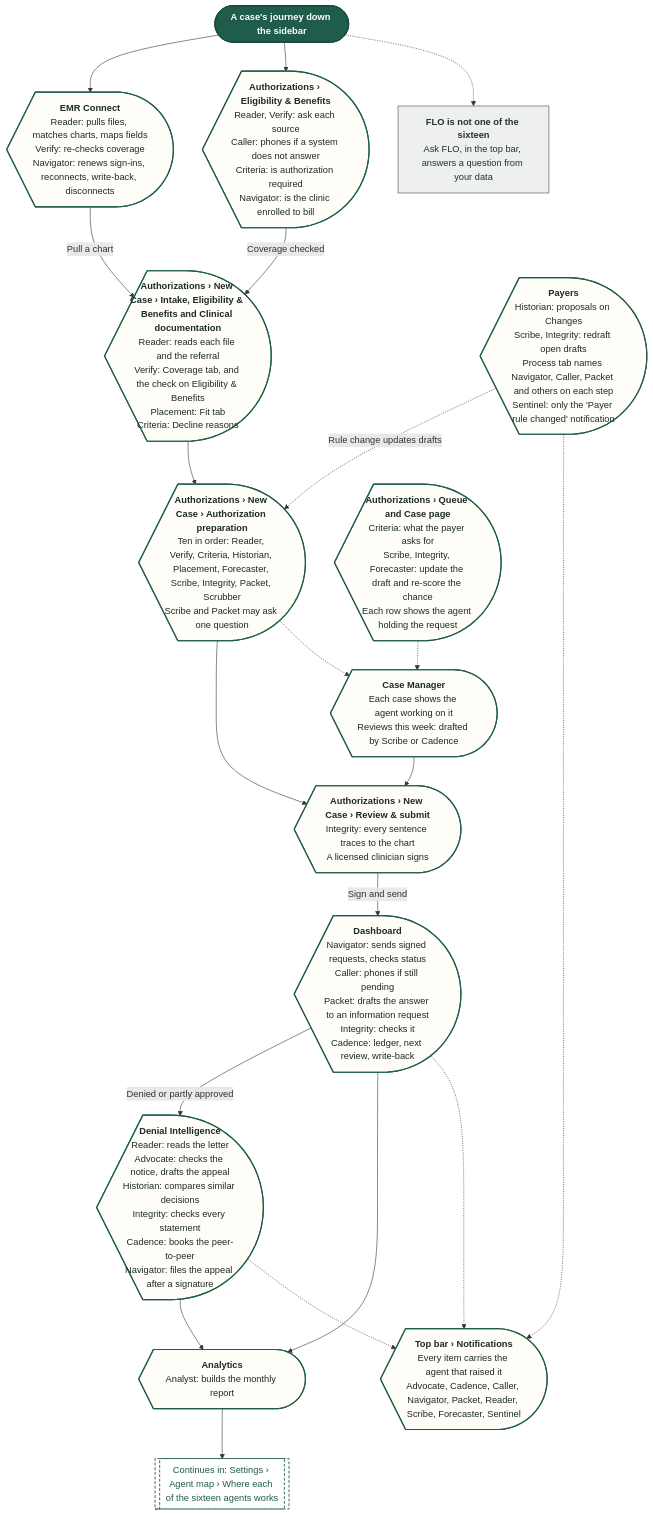
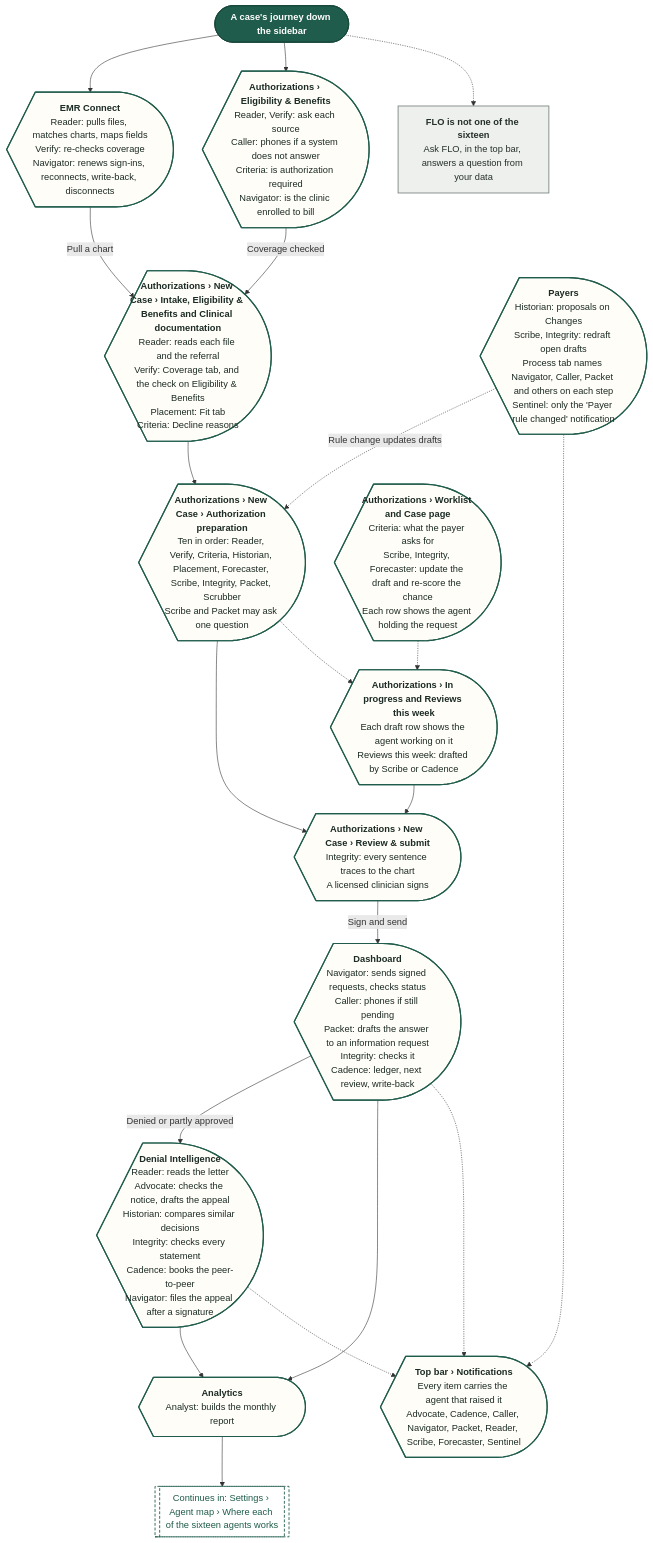
The ninth of 11 diagrams in demos/prior-auth-demo/workflows/out/md/11-settings.md (Shrav143/psyfloapp), drawn with Mermaid before and after one commit. The commit also changed other lines of this file and 113 other files, not shown here.

First line of the commit message:
docs: workflow diagrams for the merged Authorizations (worklist, approved, reviews and tracked cases, sidebar arrow), every link retargeted, 336 diagrams

````diff
--- a/demos/prior-auth-demo/workflows/out/md/11-settings.md
+++ b/demos/prior-auth-demo/workflows/out/md/11-settings.md
@@ -686,56 +686,56 @@
 ```mermaid
 %%{init: {"theme":"base","themeVariables":{"fontFamily":"'DM Sans', 'Segoe UI', system-ui, sans-serif","fontSize":"15px","lineColor":"#5B6B63","primaryTextColor":"#1C2B25","clusterBkg":"#FBF8F3","clusterBorder":"#D9CDBB","edgeLabelBackground":"#FFFFFF"},"flowchart":{"curve":"basis","nodeSpacing":36,"rankSpacing":48,"padding":12,"htmlLabels":true,"useMaxWidth":false,"wrappingWidth":230}} }%%
 flowchart TD
   classDef k_start fill:#1F5C4B,stroke:#174638,color:#FFFFFF,stroke-width:1.5px,font-weight:600
   classDef k_end fill:#DDEFE3,stroke:#2E7D4F,color:#14502F,stroke-width:1.5px,font-weight:600
   classDef k_endx fill:#FBE3E0,stroke:#C0392B,color:#7A1F16,stroke-width:1.5px,font-weight:600
   classDef k_screen fill:#FFFDF8,stroke:#1F5C4B,color:#1C2B25,stroke-width:2px
   classDef k_overlay fill:#F1F7F3,stroke:#1F5C4B,color:#1C2B25,stroke-width:2px,stroke-dasharray:5 3
   classDef k_click fill:#DCEBFA,stroke:#2F6DB5,color:#12365F,stroke-width:1.5px
   classDef k_input fill:#E4E7FF,stroke:#4C5FD5,color:#1D2670,stroke-width:1.5px
   classDef k_process fill:#EEF0EE,stroke:#7A857F,color:#26302B,stroke-width:1.5px
   classDef k_agent fill:#EEE5FA,stroke:#7A4FC2,color:#341A63,stroke-width:1.5px
   classDef k_decision fill:#FFF0CC,stroke:#D9962B,color:#5C3B00,stroke-width:1.5px
   classDef k_store fill:#D5F0EA,stroke:#1C8E7B,color:#0B4A3F,stroke-width:1.5px
   classDef k_doc fill:#F6E9DC,stroke:#B07A4C,color:#4A2E14,stroke-width:1.5px
   classDef k_ext fill:#FFE6D2,stroke:#E07B39,color:#6B2F06,stroke-width:1.5px
   classDef k_wait fill:#E4E8EE,stroke:#6B7C93,color:#26303D,stroke-width:1.5px
   classDef k_toast fill:#FFF9DB,stroke:#C9A400,color:#5A4A00,stroke-width:1.5px
   classDef k_goto fill:#FFFFFF,stroke:#1F5C4B,color:#1F5C4B,stroke-width:1.5px,stroke-dasharray:5 3
   s1@{ shape: stadium, label: "A case's journey down the sidebar" }
   flo@{ shape: rect, label: "<b>FLO is not one of the sixteen</b><br/>Ask FLO, in the top bar, answers a question from your data" }
   emr@{ shape: curv-trap, label: "<b>EMR Connect</b><br/>Reader: pulls files, matches charts, maps fields<br/>Verify: re-checks coverage<br/>Navigator: renews sign-ins, reconnects, write-back, disconnects" }
   elig@{ shape: curv-trap, label: "<b>Authorizations › Eligibility & Benefits</b><br/>Reader, Verify: ask each source<br/>Caller: phones if a system does not answer<br/>Criteria: is authorization required<br/>Navigator: is the clinic enrolled to bill" }
   ref@{ shape: curv-trap, label: "<b>Authorizations › New Case › Intake, Eligibility & Benefits and Clinical documentation</b><br/>Reader: reads each file and the referral<br/>Verify: Coverage tab, and the check on Eligibility & Benefits<br/>Placement: Fit tab<br/>Criteria: Decline reasons" }
   run@{ shape: curv-trap, label: "<b>Authorizations › New Case › Authorization preparation</b><br/>Ten in order: Reader, Verify, Criteria, Historian, Placement, Forecaster, Scribe, Integrity, Packet, Scrubber<br/>Scribe and Packet may ask one question" }
   sign@{ shape: curv-trap, label: "<b>Authorizations › New Case › Review & submit</b><br/>Integrity: every sentence traces to the chart<br/>A licensed clinician signs" }
-  auth@{ shape: curv-trap, label: "<b>Authorizations › Queue and Case page</b><br/>Criteria: what the payer asks for<br/>Scribe, Integrity, Forecaster: update the draft and re-score the chance<br/>Each row shows the agent holding the request" }
-  mgr@{ shape: curv-trap, label: "<b>Case Manager</b><br/>Each case shows the agent working on it<br/>Reviews this week: drafted by Scribe or Cadence" }
+  auth@{ shape: curv-trap, label: "<b>Authorizations › Worklist and Case page</b><br/>Criteria: what the payer asks for<br/>Scribe, Integrity, Forecaster: update the draft and re-score the chance<br/>Each row shows the agent holding the request" }
+  mgr@{ shape: curv-trap, label: "<b>Authorizations › In progress and Reviews this week</b><br/>Each draft row shows the agent working on it<br/>Reviews this week: drafted by Scribe or Cadence" }
   dash@{ shape: curv-trap, label: "<b>Dashboard</b><br/>Navigator: sends signed requests, checks status<br/>Caller: phones if still pending<br/>Packet: drafts the answer to an information request<br/>Integrity: checks it<br/>Cadence: ledger, next review, write-back" }
   den@{ shape: curv-trap, label: "<b>Denial Intelligence</b><br/>Reader: reads the letter<br/>Advocate: checks the notice, drafts the appeal<br/>Historian: compares similar decisions<br/>Integrity: checks every statement<br/>Cadence: books the peer-to-peer<br/>Navigator: files the appeal after a signature" }
   pay@{ shape: curv-trap, label: "<b>Payers</b><br/>Historian: proposals on Changes<br/>Scribe, Integrity: redraft open drafts<br/>Process tab names Navigator, Caller, Packet and others on each step<br/>Sentinel: only the 'Payer rule changed' notification" }
   note@{ shape: curv-trap, label: "<b>Top bar › Notifications</b><br/>Every item carries the agent that raised it<br/>Advocate, Cadence, Caller, Navigator, Packet, Reader, Scribe, Forecaster, Sentinel" }
   ana@{ shape: curv-trap, label: "<b>Analytics</b><br/>Analyst: builds the monthly report" }
   g1@{ shape: subproc, label: "Continues in: Settings › Agent map › Where each of the sixteen agents works" }
   s1 --> emr & elig
   s1 -.-> flo
   emr -->|"Pull a chart"| ref
   elig -->|"Coverage checked"| ref
   ref --> run --> sign
   sign -->|"Sign and send"| dash
   run -.-> mgr
   auth -.-> mgr
   mgr --> sign
   dash -->|"Denied or partly approved"| den
   pay -.->|"Rule change updates drafts"| run
   dash --> ana
   den --> ana
   dash -.-> note
   den -.-> note
   pay -.-> note
   ana --> g1
   class s1 k_start
   class flo k_process
   class emr,elig,ref,run,sign,auth,mgr,dash,den,pay,note,ana k_screen
   class g1 k_goto
 ```
````
